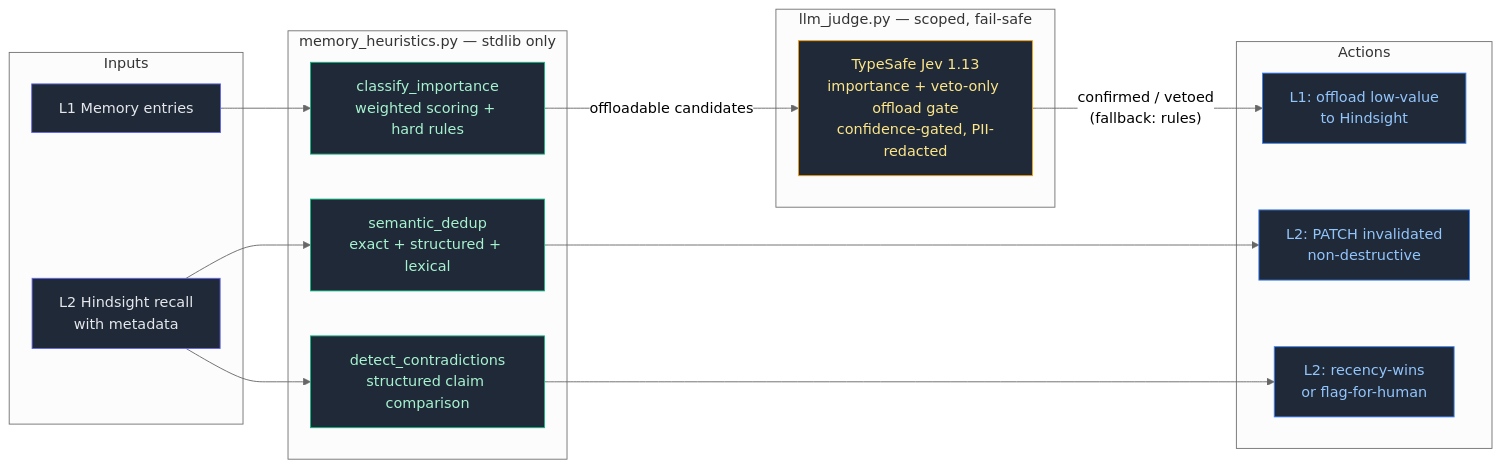
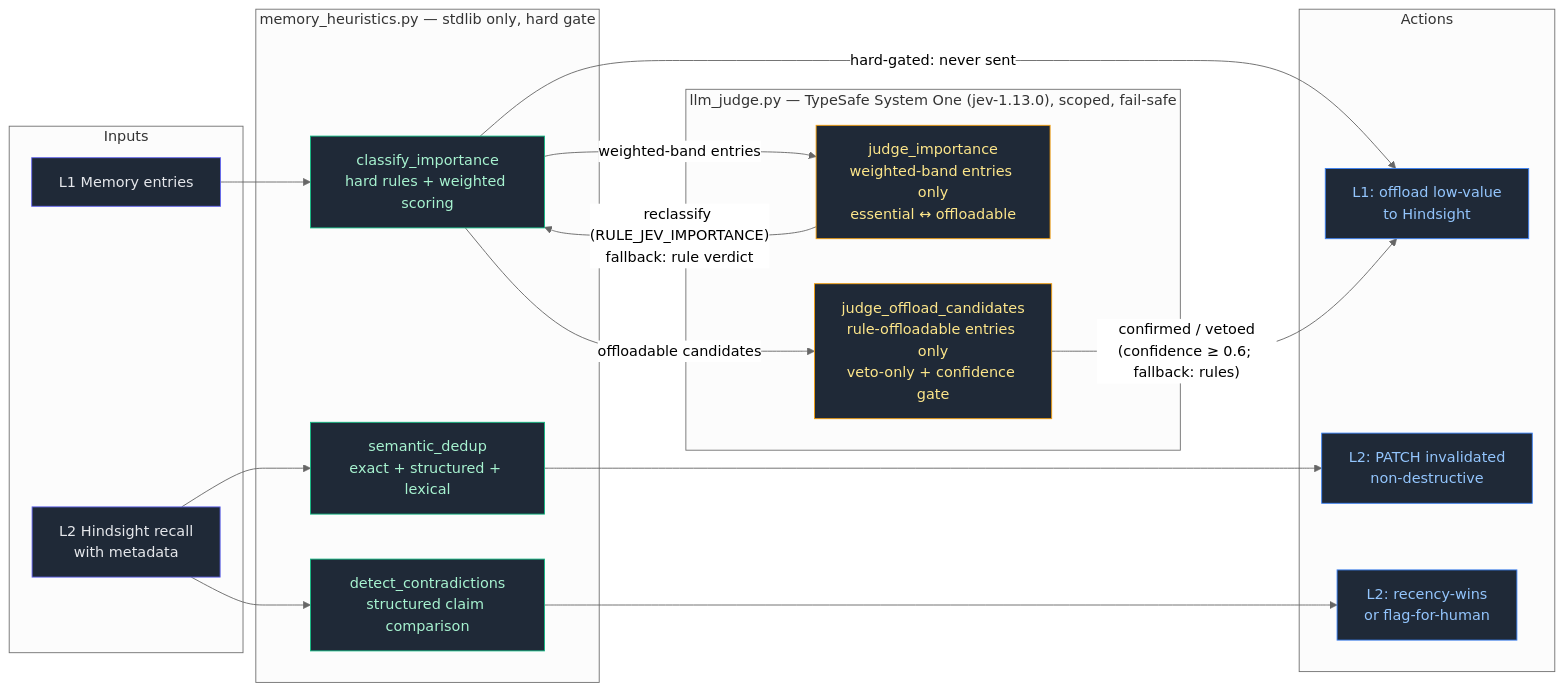
One commit to Green-Needle-Tech/agent-memory-optimization changed the first of 2 diagrams in README.md. Above: the diagram before and after it, drawn with Mermaid (neutral theme). The commit also changed 3 other files, not shown here.

Commit message:
docs: v3.6 spec (SPEC.md) with Jev decision-flow mermaid diagram; architecture diagram updated for two decision points; version bump 3.6.0

````diff
--- a/README.md
+++ b/README.md
@@ -118,41 +118,45 @@
 ```mermaid
 flowchart LR
     subgraph Inputs
         MEM1[L1 Memory entries]
         MEM2[L2 Hindsight recall<br/>with metadata]
     end
 
-    subgraph Heuristics["memory_heuristics.py — stdlib only"]
-        IC[classify_importance<br/>weighted scoring + hard rules]
+    subgraph Heuristics["memory_heuristics.py — stdlib only, hard gate"]
+        IC[classify_importance<br/>hard rules + weighted scoring]
         SD[semantic_dedup<br/>exact + structured + lexical]
         CD[detect_contradictions<br/>structured claim comparison]
     end
 
-    subgraph Judge["llm_judge.py — scoped, fail-safe"]
-        J[TypeSafe Jev 1.13<br/>importance + veto-only offload gate<br/>confidence-gated, PII-redacted]
+    subgraph Judge["llm_judge.py — TypeSafe System One (jev-1.13.0), scoped, fail-safe"]
+        JI[judge_importance<br/>weighted-band entries only<br/>essential ↔ offloadable]
+        JG[judge_offload_candidates<br/>rule-offloadable entries only<br/>veto-only + confidence gate]
     end
 
     subgraph Actions
         A1[L1: offload low-value<br/>to Hindsight]
         A2[L2: PATCH invalidated<br/>non-destructive]
         A3[L2: recency-wins<br/>or flag-for-human]
     end
 
     MEM1 --> IC
     MEM2 --> SD
     MEM2 --> CD
 
-    IC -->|"offloadable candidates"| J
-    J -->|"confirmed / vetoed<br/>(fallback: rules)"| A1
+    IC -- "weighted-band entries" --> JI
+    IC -- "hard-gated: never sent" --> A1
+    JI -- "reclassify (RULE_JEV_IMPORTANCE)<br/>fallback: rule verdict" --> IC
+    IC -- "offloadable candidates" --> JG
+    JG -- "confirmed / vetoed<br/>(confidence ≥ 0.6; fallback: rules)" --> A1
     SD --> A2
     CD --> A3
 
     classDef input fill:#1f2937,stroke:#6366f1,color:#e5e7eb
     classDef heur fill:#1f2937,stroke:#10b981,color:#a7f3d0
     classDef judge fill:#1f2937,stroke:#f59e0b,color:#fde68a
     classDef action fill:#1f2937,stroke:#3b82f6,color:#93c5fd
     class MEM1,MEM2 input
     class IC,SD,CD heur
-    class J judge
+    class JI,JG judge
     class A1,A2,A3 action
 ```
````
